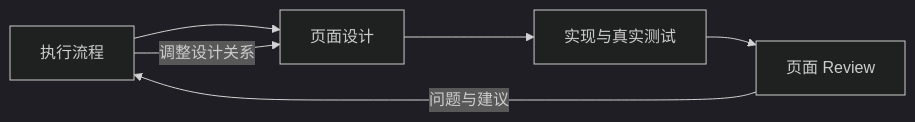
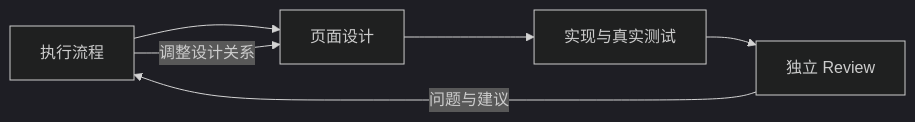
One commit to SwimmingLiu/Beauye changed the diagram in README.md. Above: the diagram before and after it, drawn with Mermaid (dark theme). The commit also changed other lines of this file and 1 other file, not shown here.

````diff
--- a/README.md
+++ b/README.md
@@ -13,8 +51,8 @@
 ```mermaid
 flowchart LR
     E[执行流程] --> D[页面设计]
     D --> I[实现与真实测试]
-    I --> R[页面 Review]
+    I --> R[独立 Review]
     R -->|问题与建议| E
     E -->|调整设计关系| D
 ```
````
